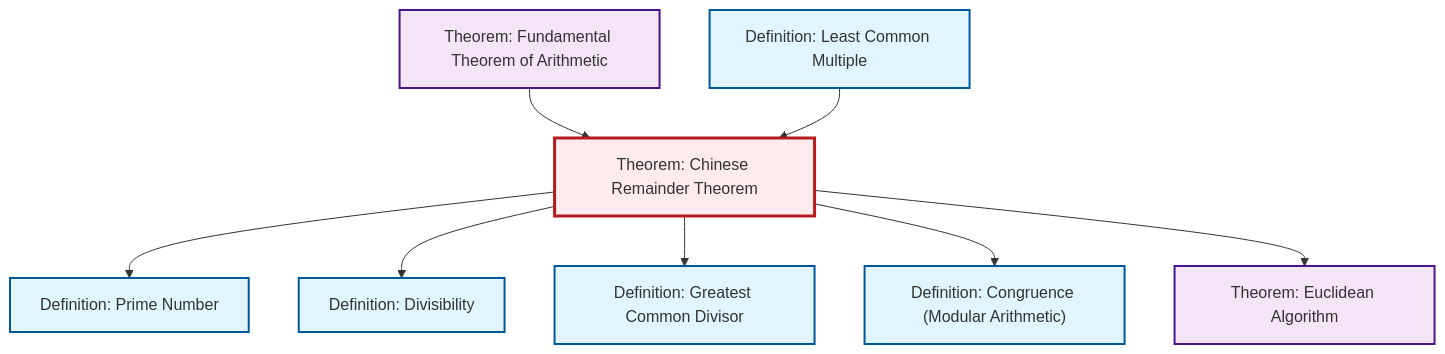
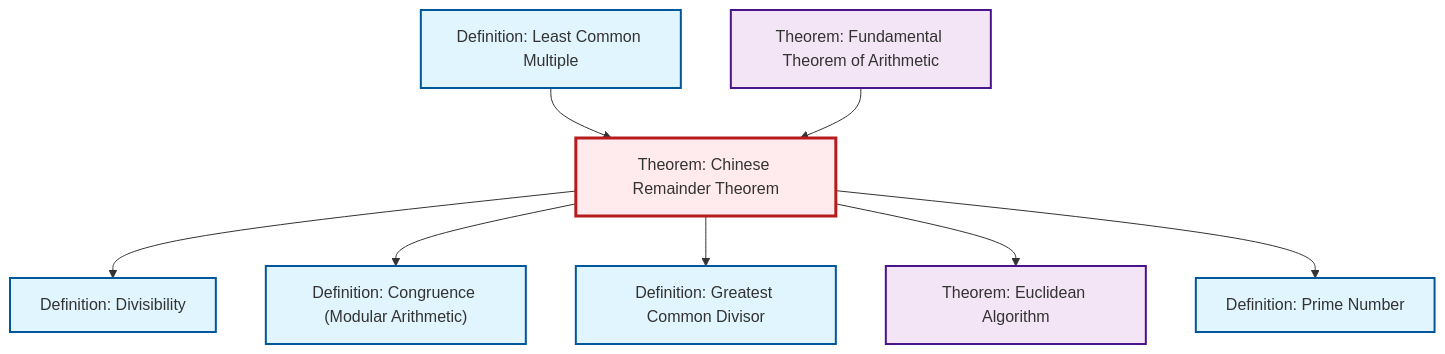
One commit to RK0429/ModernMath changed the diagram in content/en/number-theory/thm-chinese-remainder.qmd. Above: the diagram before and after it, drawn with Mermaid. The commit also changed other lines of this file and 672 other files, not shown here.

````diff
--- a/content/en/number-theory/thm-chinese-remainder.qmd
+++ b/content/en/number-theory/thm-chinese-remainder.qmd
@@ -88,32 +88,32 @@
 ```{mermaid}
 %%| fig-cap: "Local dependency graph"
 graph TD
     classDef definition fill:#e1f5fe,stroke:#01579b,stroke-width:2px
     classDef theorem fill:#f3e5f5,stroke:#4a148c,stroke-width:2px
     classDef axiom fill:#fff3e0,stroke:#e65100,stroke-width:2px
     classDef example fill:#e8f5e9,stroke:#1b5e20,stroke-width:2px
     classDef current fill:#ffebee,stroke:#b71c1c,stroke-width:3px
-    def-gcd["Definition: Greatest Common Divisor"]:::definition
-    def-congruence["Definition: Congruence (Modular Arithmetic)"]:::definition
-    thm-chinese-remainder["Theorem: Chinese Remainder Theorem"]:::theorem
+    thm-euclidean-algorithm["Theorem: Euclidean Algorithm"]:::theorem
     def-lcm["Definition: Least Common Multiple"]:::definition
     thm-fundamental-arithmetic["Theorem: Fundamental Theorem of Arithmetic"]:::theorem
+    def-congruence["Definition: Congruence (Modular Arithmetic)"]:::definition
+    def-prime["Definition: Prime Number"]:::definition
+    def-gcd["Definition: Greatest Common Divisor"]:::definition
+    thm-chinese-remainder["Theorem: Chinese Remainder Theorem"]:::theorem
     def-divisibility["Definition: Divisibility"]:::definition
-    thm-euclidean-algorithm["Theorem: Euclidean Algorithm"]:::theorem
-    def-prime["Definition: Prime Number"]:::definition
+    def-lcm --> thm-chinese-remainder
+    thm-chinese-remainder --> def-divisibility
+    thm-chinese-remainder --> def-congruence
+    thm-fundamental-arithmetic --> thm-chinese-remainder
+    thm-chinese-remainder --> def-gcd
+    thm-chinese-remainder --> thm-euclidean-algorithm
     thm-chinese-remainder --> def-prime
-    thm-chinese-remainder --> def-divisibility
-    thm-chinese-remainder --> def-gcd
-    thm-fundamental-arithmetic --> thm-chinese-remainder
-    def-lcm --> thm-chinese-remainder
-    thm-chinese-remainder --> def-congruence
-    thm-chinese-remainder --> thm-euclidean-algorithm
     class thm-chinese-remainder current
-    click def-gcd "def-gcd.html" "Go to Greatest Common Divisor definition"
-    click def-congruence "def-congruence.html" "Go to Congruence (Modular Arithmetic) definition"
+    click thm-euclidean-algorithm "thm-euclidean-algorithm.html" "Go to Euclidean Algorithm theorem"
     click def-lcm "def-lcm.html" "Go to Least Common Multiple definition"
     click thm-fundamental-arithmetic "thm-fundamental-arithmetic.html" "Go to Fundamental Theorem of Arithmetic theorem"
+    click def-congruence "def-congruence.html" "Go to Congruence (Modular Arithmetic) definition"
+    click def-prime "def-prime.html" "Go to Prime Number definition"
+    click def-gcd "def-gcd.html" "Go to Greatest Common Divisor definition"
     click def-divisibility "def-divisibility.html" "Go to Divisibility definition"
-    click thm-euclidean-algorithm "thm-euclidean-algorithm.html" "Go to Euclidean Algorithm theorem"
-    click def-prime "def-prime.html" "Go to Prime Number definition"
 ```
````
